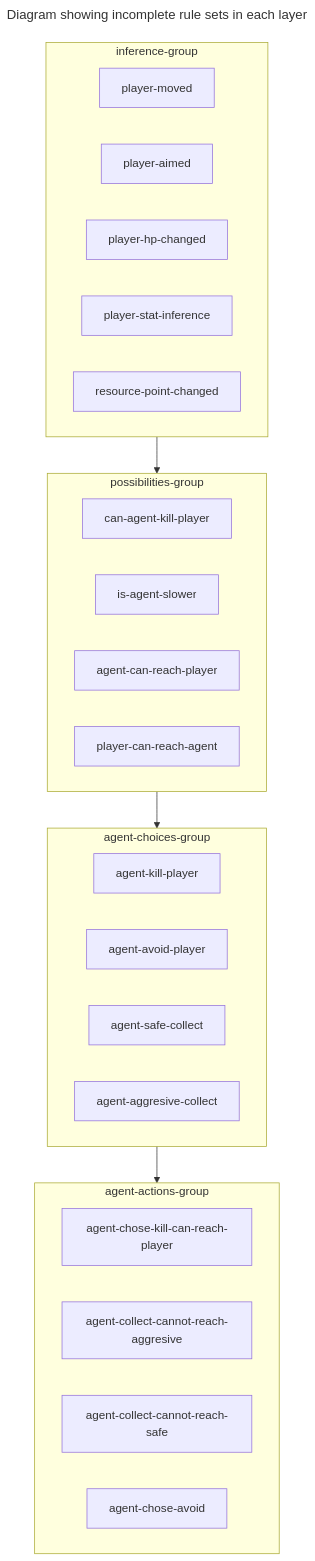
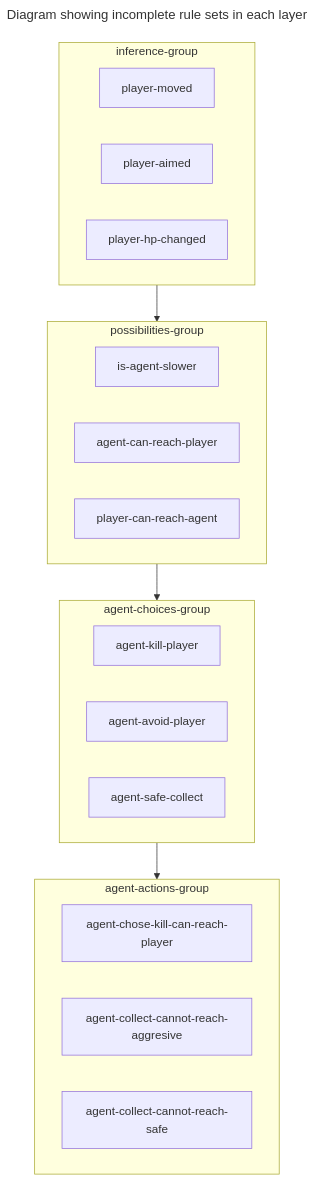
The first of 3 diagrams in docs/drools-rules.md (rchDev/game-of-points), drawn with Mermaid before and after one commit.

Commit message:
[docs]: change some mermaid diagrams.

````diff
--- a/docs/drools-rules.md
+++ b/docs/drools-rules.md
@@ -14,36 +13,31 @@
 ```mermaid
 ---
 title: Diagram showing incomplete rule sets in each layer
 ---
 flowchart TD
-subgraph inference-group
-    player-moved
-    player-aimed
-    player-hp-changed
-    player-stat-inference
-    resource-point-changed
-end
-subgraph possibilities-group
-    can-agent-kill-player
-    is-agent-slower
-    agent-can-reach-player
-    player-can-reach-agent
-end
-subgraph agent-choices-group
-    agent-kill-player
-    agent-avoid-player
-    agent-safe-collect
-    agent-aggresive-collect
-end
-subgraph agent-actions-group
-    agent-chose-kill-can-reach-player
-    agent-collect-cannot-reach-aggresive
-    agent-collect-cannot-reach-safe
-    agent-chose-avoid
-end
-
-inference-group --> possibilities-group
-possibilities-group --> agent-choices-group
-agent-choices-group --> agent-actions-group
-
+    subgraph inference-group
+        player-moved
+        player-aimed
+        player-hp-changed
+    end
+    subgraph possibilities-group
+        is-agent-slower
+        agent-can-reach-player
+        player-can-reach-agent
+    end
+    subgraph agent-choices-group
+        agent-kill-player
+        agent-avoid-player
+        agent-safe-collect
+    end
+    subgraph agent-actions-group
+        agent-chose-kill-can-reach-player
+        agent-collect-cannot-reach-aggresive
+        agent-collect-cannot-reach-safe
+    end
+    
+    %% Connections
+    inference-group --> possibilities-group
+    possibilities-group --> agent-choices-group
+    agent-choices-group --> agent-actions-group
 ```
````
